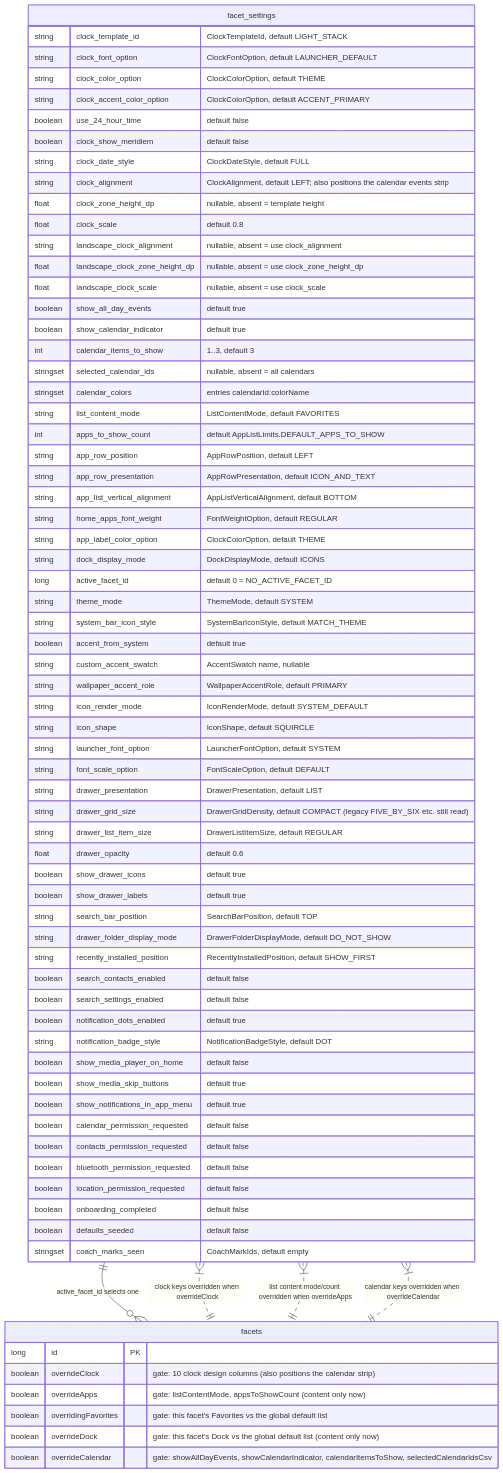
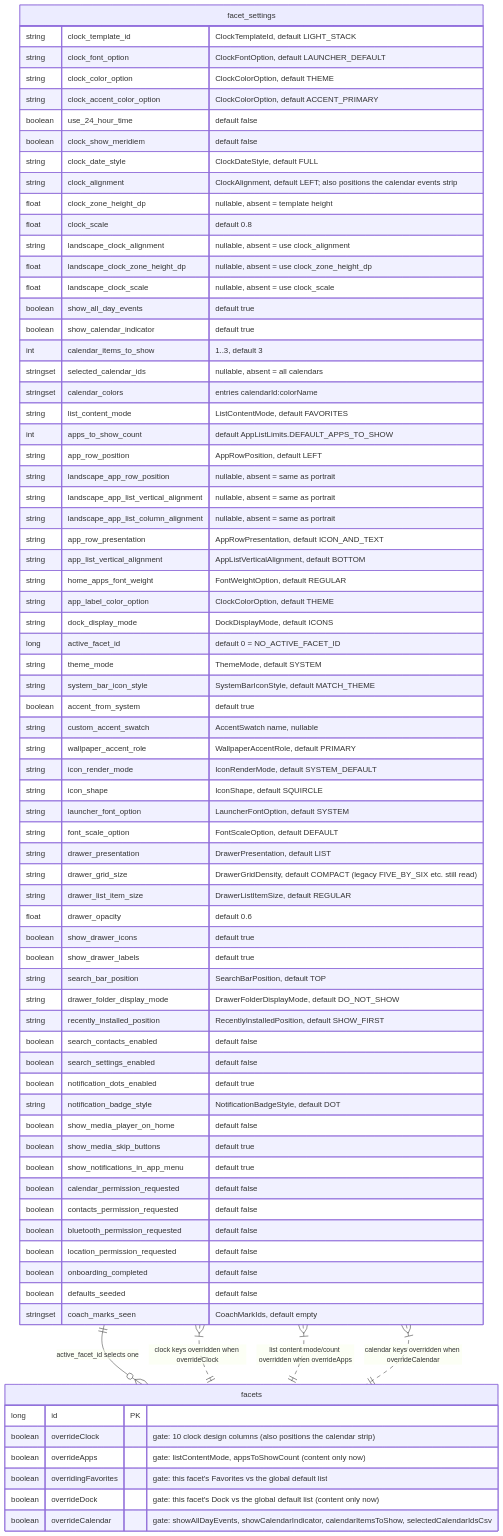
Before and after one commit to rohitganjam/facet-launcher: the third of 3 diagrams in docs/architecture/02-persistence-room.md, drawn with Mermaid. The commit also changed other lines of this file and 27 other files, not shown here.

First line of the commit message:
Landscape keeps its own app list alignment

````diff
--- a/docs/architecture/02-persistence-room.md
+++ b/docs/architecture/02-persistence-room.md
@@ -304,78 +305,81 @@
 ```mermaid
 erDiagram
     facet_settings {
         string clock_template_id "ClockTemplateId, default LIGHT_STACK"
         string clock_font_option "ClockFontOption, default LAUNCHER_DEFAULT"
         string clock_color_option "ClockColorOption, default THEME"
         string clock_accent_color_option "ClockColorOption, default ACCENT_PRIMARY"
         boolean use_24_hour_time "default false"
         boolean clock_show_meridiem "default false"
         string clock_date_style "ClockDateStyle, default FULL"
         string clock_alignment "ClockAlignment, default LEFT; also positions the calendar events strip"
         float clock_zone_height_dp "nullable, absent = template height"
         float clock_scale "default 0.8"
         string landscape_clock_alignment "nullable, absent = use clock_alignment"
         float landscape_clock_zone_height_dp "nullable, absent = use clock_zone_height_dp"
         float landscape_clock_scale "nullable, absent = use clock_scale"
         boolean show_all_day_events "default true"
         boolean show_calendar_indicator "default true"
         int calendar_items_to_show "1..3, default 3"
         stringset selected_calendar_ids "nullable, absent = all calendars"
         stringset calendar_colors "entries calendarId:colorName"
         string list_content_mode "ListContentMode, default FAVORITES"
         int apps_to_show_count "default AppListLimits.DEFAULT_APPS_TO_SHOW"
         string app_row_position "AppRowPosition, default LEFT"
+        string landscape_app_row_position "nullable, absent = same as portrait"
+        string landscape_app_list_vertical_alignment "nullable, absent = same as portrait"
+        string landscape_app_list_column_alignment "nullable, absent = same as portrait"
         string app_row_presentation "AppRowPresentation, default ICON_AND_TEXT"
         string app_list_vertical_alignment "AppListVerticalAlignment, default BOTTOM"
         string home_apps_font_weight "FontWeightOption, default REGULAR"
         string app_label_color_option "ClockColorOption, default THEME"
         string dock_display_mode "DockDisplayMode, default ICONS"
         long active_facet_id "default 0 = NO_ACTIVE_FACET_ID"
         string theme_mode "ThemeMode, default SYSTEM"
         string system_bar_icon_style "SystemBarIconStyle, default MATCH_THEME"
         boolean accent_from_system "default true"
         string custom_accent_swatch "AccentSwatch name, nullable"
         string wallpaper_accent_role "WallpaperAccentRole, default PRIMARY"
         string icon_render_mode "IconRenderMode, default SYSTEM_DEFAULT"
         string icon_shape "IconShape, default SQUIRCLE"
         string launcher_font_option "LauncherFontOption, default SYSTEM"
         string font_scale_option "FontScaleOption, default DEFAULT"
         string drawer_presentation "DrawerPresentation, default LIST"
         string drawer_grid_size "DrawerGridDensity, default COMPACT (legacy FIVE_BY_SIX etc. still read)"
         string drawer_list_item_size "DrawerListItemSize, default REGULAR"
         float drawer_opacity "default 0.6"
         boolean show_drawer_icons "default true"
         boolean show_drawer_labels "default true"
         string search_bar_position "SearchBarPosition, default TOP"
         string drawer_folder_display_mode "DrawerFolderDisplayMode, default DO_NOT_SHOW"
         string recently_installed_position "RecentlyInstalledPosition, default SHOW_FIRST"
         boolean search_contacts_enabled "default false"
         boolean search_settings_enabled "default false"
         boolean notification_dots_enabled "default true"
         string notification_badge_style "NotificationBadgeStyle, default DOT"
         boolean show_media_player_on_home "default false"
         boolean show_media_skip_buttons "default true"
         boolean show_notifications_in_app_menu "default true"
         boolean calendar_permission_requested "default false"
         boolean contacts_permission_requested "default false"
         boolean bluetooth_permission_requested "default false"
         boolean location_permission_requested "default false"
         boolean onboarding_completed "default false"
         boolean defaults_seeded "default false"
         stringset coach_marks_seen "CoachMarkIds, default empty"
     }
 
     facets {
         long id PK
         boolean overrideClock "gate: 10 clock design columns (also positions the calendar strip)"
         boolean overrideApps "gate: listContentMode, appsToShowCount (content only now)"
         boolean overridingFavorites "gate: this facet's Favorites vs the global default list"
         boolean overrideDock "gate: this facet's Dock vs the global default list (content only now)"
         boolean overrideCalendar "gate: showAllDayEvents, showCalendarIndicator, calendarItemsToShow, selectedCalendarIdsCsv"
     }
 
     facet_settings ||--o{ facets : "active_facet_id selects one"
     facet_settings }|..|| facets : "clock keys overridden when overrideClock"
     facet_settings }|..|| facets : "list content mode/count overridden when overrideApps"
     facet_settings }|..|| facets : "calendar keys overridden when overrideCalendar"
 ```
````
